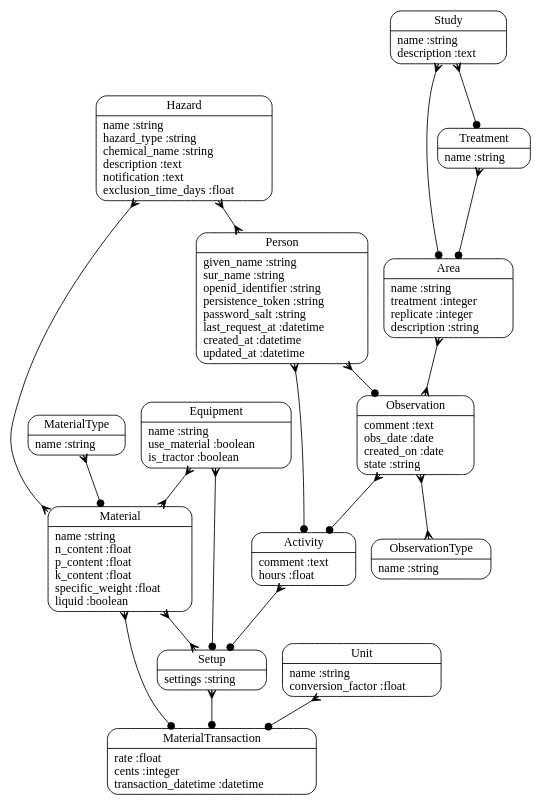
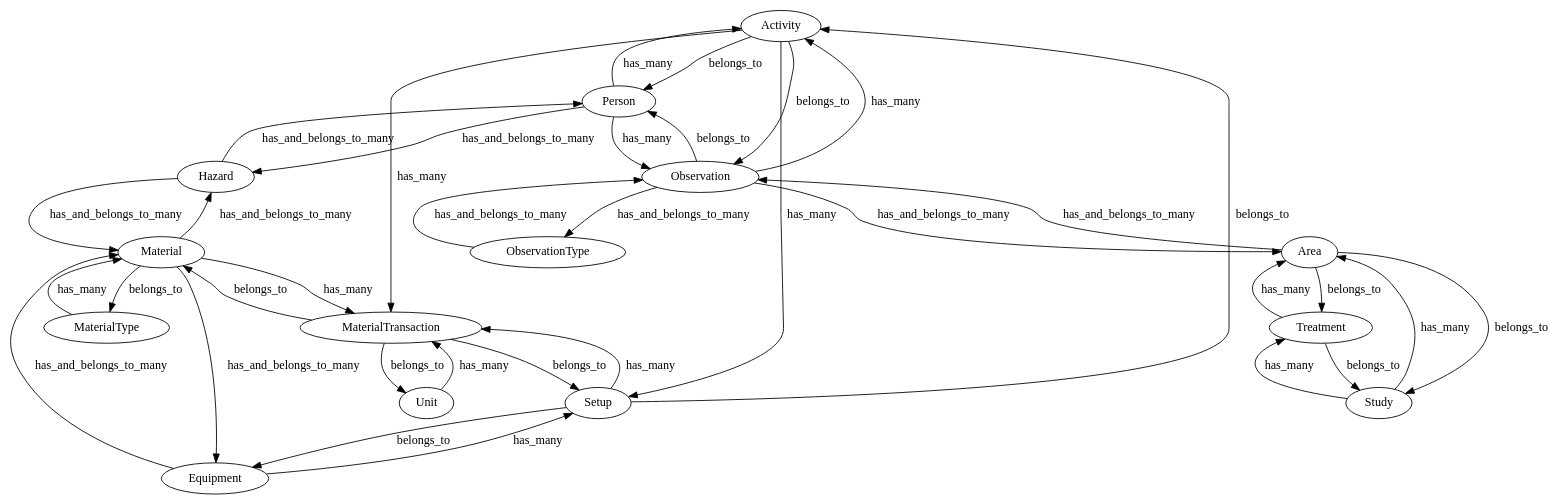
One commit to kf8a/aglog changed the diagram in doc/model.dot. Above: the diagram before and after it, drawn with Graphviz. The commit also changed 2 other files, not shown here.

```diff
--- a/doc/model.dot
+++ b/doc/model.dot
@@ -1,35 +1,51 @@
-digraph models_diagram {
-	graph[overlap=false, splines=true]
-	"Activity" [shape=Mrecord, label="{Activity|comment :text\lhours :float\l}"]
-	"Area" [shape=Mrecord, label="{Area|name :string\ltreatment :integer\lreplicate :integer\ldescription :string\l}"]
-	"Equipment" [shape=Mrecord, label="{Equipment|name :string\luse_material :boolean\lis_tractor :boolean\l}"]
-	"Hazard" [shape=Mrecord, label="{Hazard|name :string\lhazard_type :string\lchemical_name :string\ldescription :text\lnotification :text\lexclusion_time_days :float\l}"]
-	"Material" [shape=Mrecord, label="{Material|name :string\ln_content :float\lp_content :float\lk_content :float\lspecific_weight :float\lliquid :boolean\l}"]
-	"MaterialTransaction" [shape=Mrecord, label="{MaterialTransaction|rate :float\lcents :integer\ltransaction_datetime :datetime\l}"]
-	"MaterialType" [shape=Mrecord, label="{MaterialType|name :string\l}"]
-	"Observation" [shape=Mrecord, label="{Observation|comment :text\lobs_date :date\lcreated_on :date\lstate :string\l}"]
-	"ObservationType" [shape=Mrecord, label="{ObservationType|name :string\l}"]
-	"Person" [shape=Mrecord, label="{Person|given_name :string\lsur_name :string\lopenid_identifier :string\lpersistence_token :string\lpassword_salt :string\llast_request_at :datetime\lcreated_at :datetime\lupdated_at :datetime\l}"]
-	"Setup" [shape=Mrecord, label="{Setup|settings :string\l}"]
-	"Study" [shape=Mrecord, label="{Study|name :string\ldescription :text\l}"]
-	"Treatment" [shape=Mrecord, label="{Treatment|name :string\l}"]
-	"Unit" [shape=Mrecord, label="{Unit|name :string\lconversion_factor :float\l}"]
-	"Activity" -> "Setup" [arrowtail=crow, arrowhead=dot, dir=both]
-	"Area" -> "Observation" [arrowtail=crow, arrowhead=crow, dir=both]
-	"Equipment" -> "Setup" [arrowtail=crow, arrowhead=dot, dir=both]
-	"Equipment" -> "Material" [arrowtail=crow, arrowhead=crow, dir=both]
-	"Hazard" -> "Material" [arrowtail=crow, arrowhead=crow, dir=both]
-	"Hazard" -> "Person" [arrowtail=crow, arrowhead=crow, dir=both]
-	"Material" -> "MaterialTransaction" [arrowtail=crow, arrowhead=dot, dir=both]
-	"Material" -> "Setup" [arrowtail=crow, arrowhead=crow, dir=both]
-	"MaterialType" -> "Material" [arrowtail=crow, arrowhead=dot, dir=both]
-	"Observation" -> "Activity" [arrowtail=crow, arrowhead=dot, dir=both]
-	"Observation" -> "ObservationType" [arrowtail=crow, arrowhead=crow, dir=both]
-	"Person" -> "Observation" [arrowtail=crow, arrowhead=dot, dir=both]
-	"Person" -> "Activity" [arrowtail=crow, arrowhead=dot, dir=both]
-	"Setup" -> "MaterialTransaction" [arrowtail=crow, arrowhead=dot, dir=both]
-	"Study" -> "Area" [arrowtail=crow, arrowhead=dot, dir=both]
-	"Study" -> "Treatment" [arrowtail=crow, arrowhead=dot, dir=both]
-	"Treatment" -> "Area" [arrowtail=crow, arrowhead=dot, dir=both]
-	"Unit" -> "MaterialTransaction" [arrowtail=crow, arrowhead=dot, dir=both]
+digraph x {
+Activity
+Activity -> Person [label=belongs_to]
+Activity -> Observation [label=belongs_to]
+Activity -> Setup [label=has_many]
+Activity -> MaterialTransaction [label=has_many]
+Area
+Area -> Observation [label=has_and_belongs_to_many]
+Area -> Study [label=belongs_to]
+Area -> Treatment [label=belongs_to]
+Equipment
+Equipment -> Setup [label=has_many]
+Equipment -> Material [label=has_and_belongs_to_many]
+Hazard
+Hazard -> Material [label=has_and_belongs_to_many]
+Hazard -> Person [label=has_and_belongs_to_many]
+Material
+Material -> Equipment [label=has_and_belongs_to_many]
+Material -> Hazard [label=has_and_belongs_to_many]
+Material -> MaterialTransaction [label=has_many]
+Material -> MaterialType [label=belongs_to]
+MaterialTransaction
+MaterialTransaction -> Material [label=belongs_to]
+MaterialTransaction -> Setup [label=belongs_to]
+MaterialTransaction -> Unit [label=belongs_to]
+MaterialType
+MaterialType -> Material [label=has_many]
+Observation
+Observation -> Activity [label=has_many]
+Observation -> Area [label=has_and_belongs_to_many]
+Observation -> ObservationType [label=has_and_belongs_to_many]
+Observation -> Person [label=belongs_to]
+ObservationType
+ObservationType -> Observation [label=has_and_belongs_to_many]
+Person
+Person -> Observation [label=has_many]
+Person -> Activity [label=has_many]
+Person -> Hazard [label=has_and_belongs_to_many]
+Setup
+Setup -> Activity [label=belongs_to]
+Setup -> Equipment [label=belongs_to]
+Setup -> MaterialTransaction [label=has_many]
+Study
+Study -> Area [label=has_many]
+Study -> Treatment [label=has_many]
+Treatment
+Treatment -> Area [label=has_many]
+Treatment -> Study [label=belongs_to]
+Unit
+Unit -> MaterialTransaction [label=has_many]
 }
```
